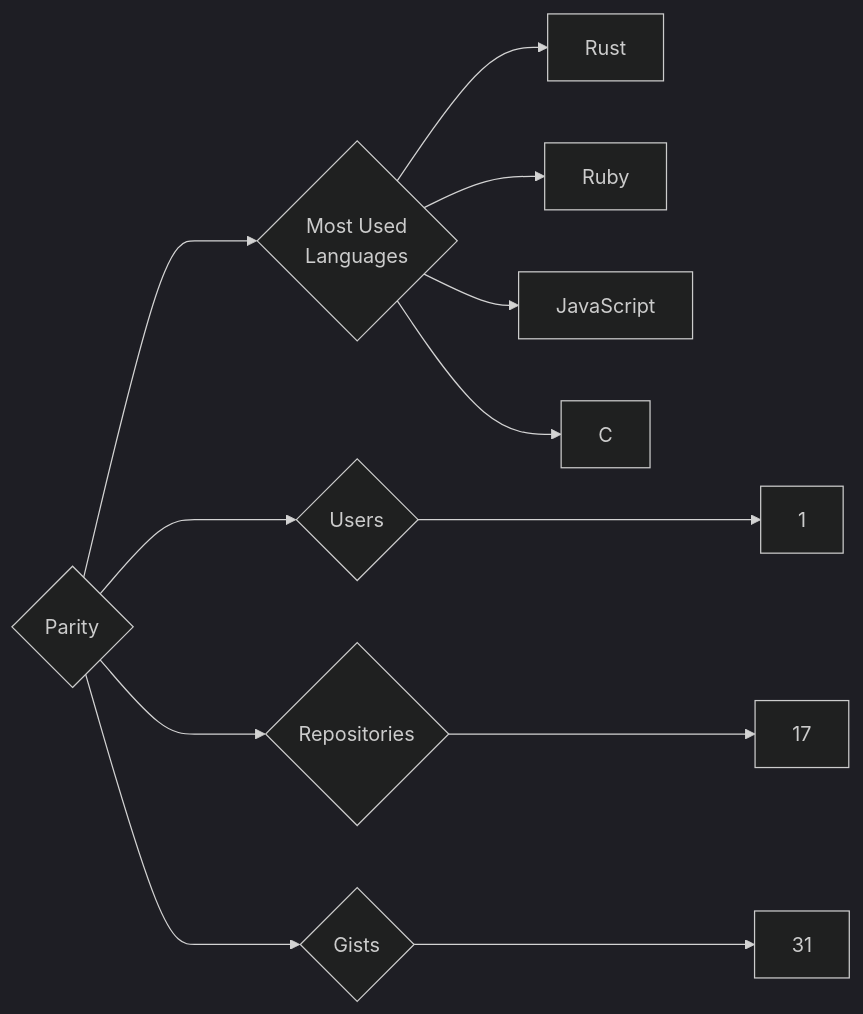
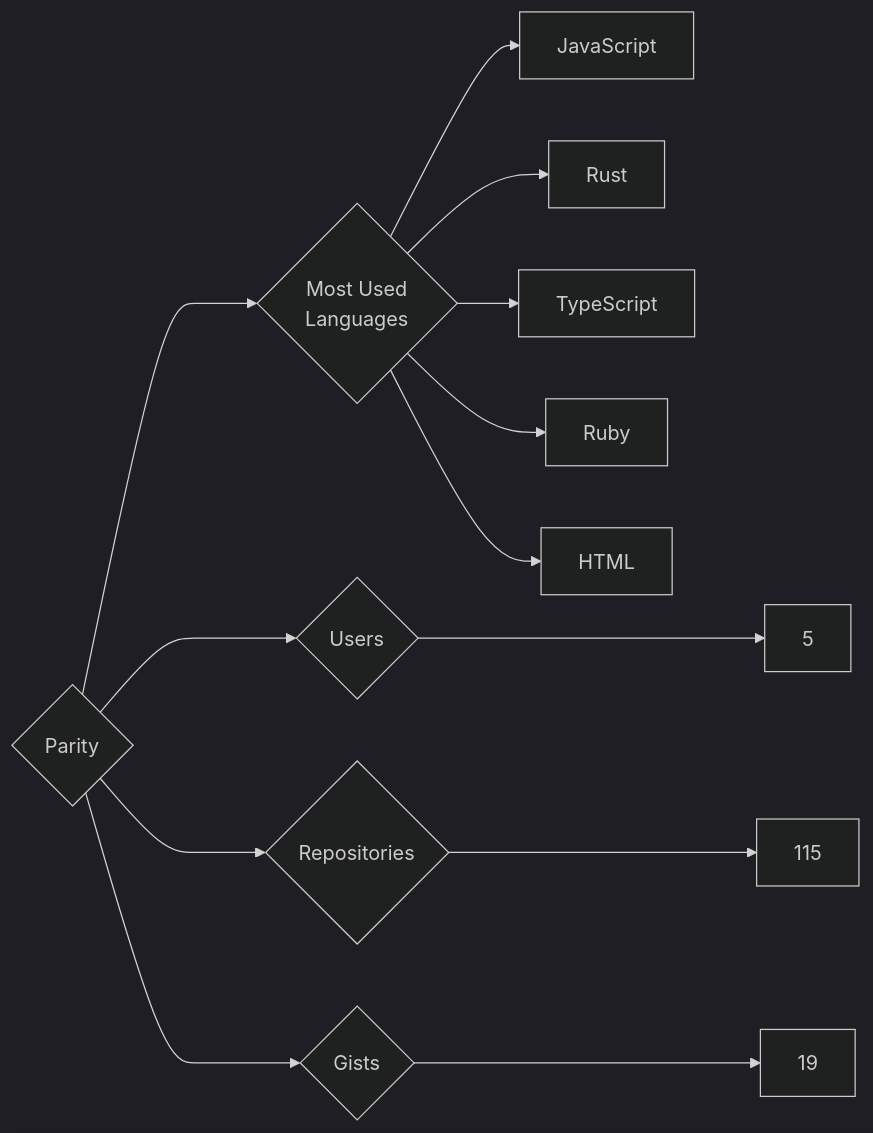
The diagram in targets/Parity/README.md (trickest/insiders), drawn with Mermaid (dark theme) before and after one commit. The commit also changed 898 other files, not shown here.

````diff
--- a/targets/Parity/README.md
+++ b/targets/Parity/README.md
@@ -3,12 +3,13 @@
 ```mermaid
 graph LR
 COMPANY_NAME{Parity}
-COMPANY_NAME ---> U{Users} ---> UN[1]
-COMPANY_NAME ---> R{Repositories} ---> RN[17]
-COMPANY_NAME ---> G{Gists} ---> GN[31]
+COMPANY_NAME ---> U{Users} ---> UN[5]
+COMPANY_NAME ---> R{Repositories} ---> RN[115]
+COMPANY_NAME ---> G{Gists} ---> GN[19]
 COMPANY_NAME ---> ML{Most Used<br>Languages}
+ML --> JavaScript[JavaScript]
 ML --> Rust[Rust]
+ML --> TypeScript[TypeScript]
 ML --> Ruby[Ruby]
-ML --> JavaScript[JavaScript]
-ML --> C[C]
+ML --> HTML[HTML]
 ```
````
